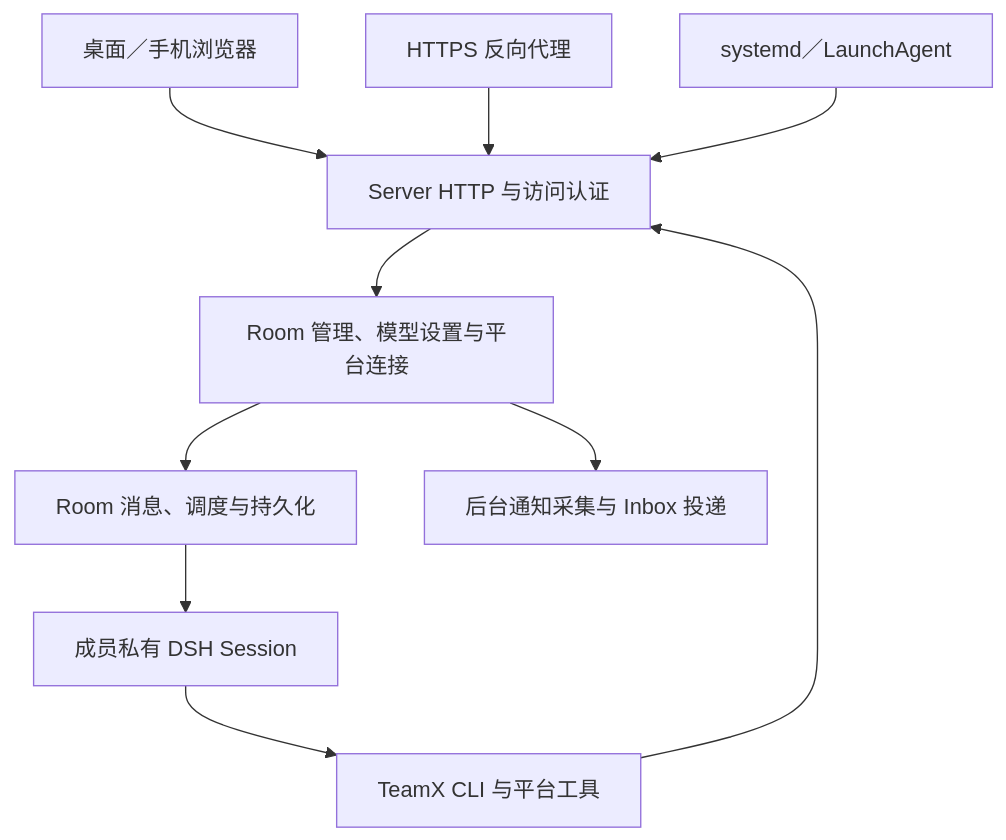
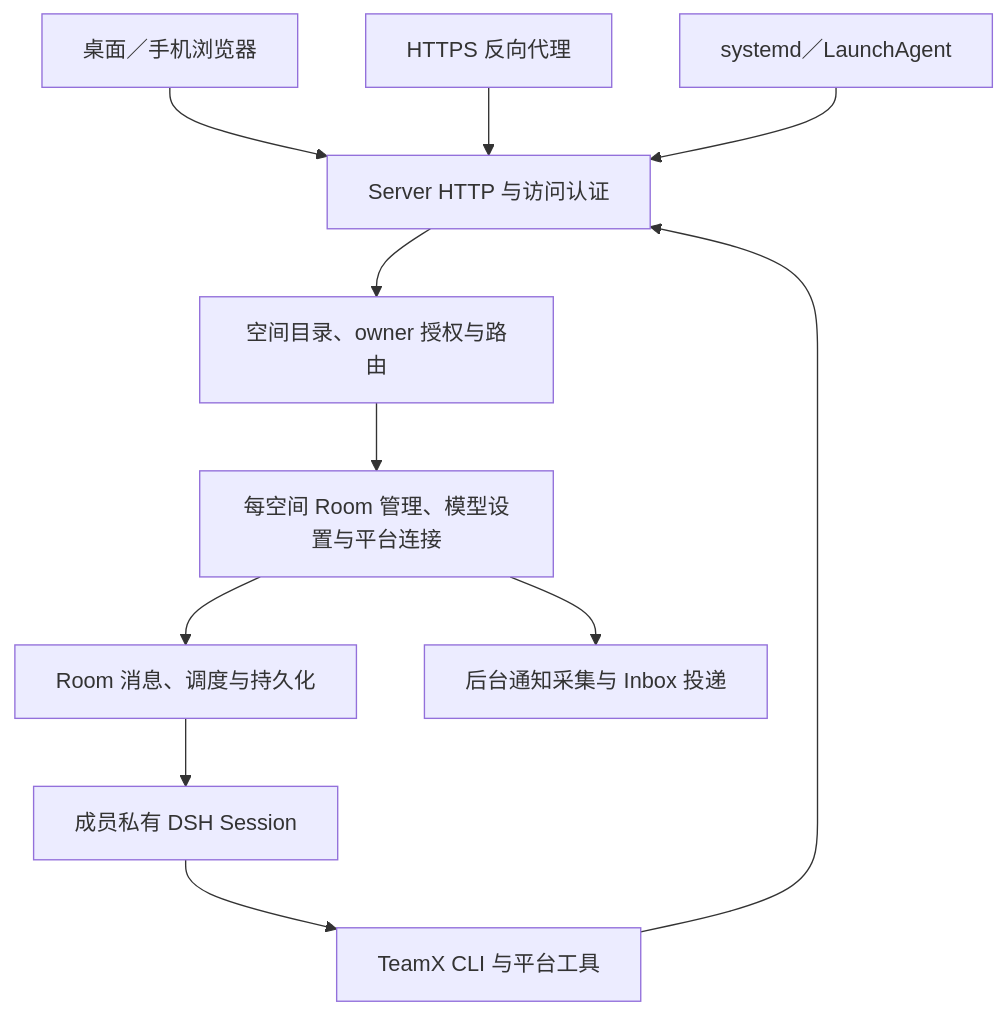
Before and after one commit to go-aie/teamx: the diagram in docs/server.zh.md, drawn with Mermaid. The commit also changed other lines of this file and 443 other files, not shown here.

````diff
--- a/docs/server.zh.md
+++ b/docs/server.zh.md
@@ -9,12 +9,13 @@
 ```mermaid
 flowchart TB
   B[桌面／手机浏览器] --> H[Server HTTP 与访问认证]
   P[HTTPS 反向代理] --> H
-  H --> M[Room 管理、模型设置与平台连接]
+  H --> SP[空间目录、owner 授权与路由]
+  SP --> M[每空间 Room 管理、模型设置与平台连接]
   M --> R[Room 消息、调度与持久化]
   R --> D[成员私有 DSH Session]
   D --> C[TeamX CLI 与平台工具]
   C --> H
   M --> N[后台通知采集与 Inbox 投递]
   S[systemd／LaunchAgent] --> H
 ```
````
